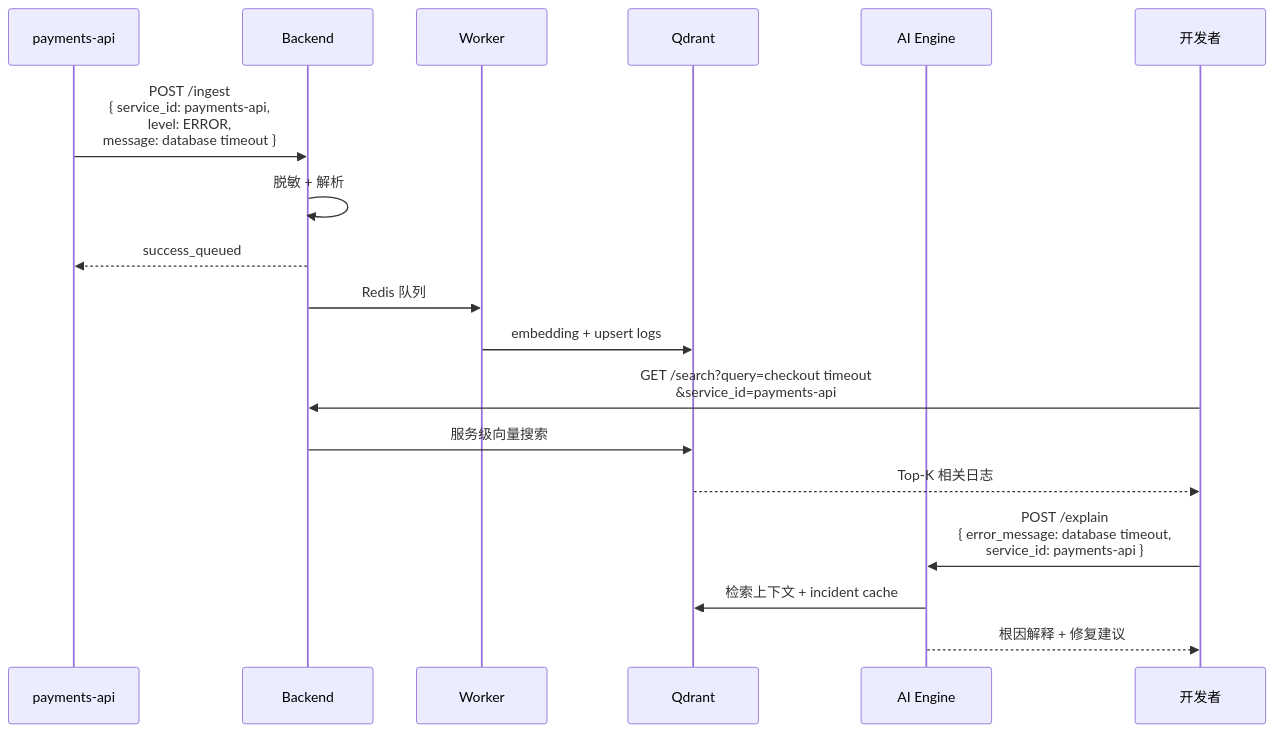
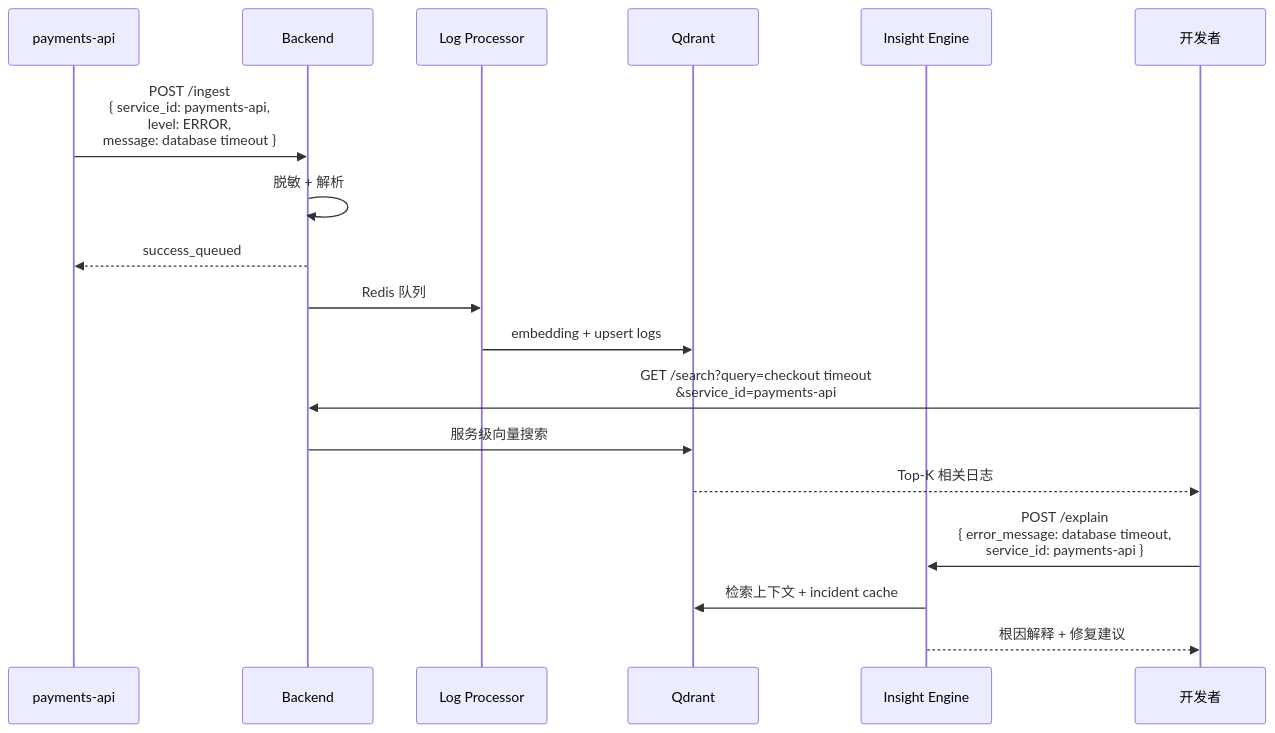
Before and after one commit to fanqingsong/Logara-AI: diagram 16 of 17 in docs/business-logic.md, drawn with Mermaid. The commit also changed other lines of this file and 64 other files, not shown here.

````diff
--- a/docs/business-logic.md
+++ b/docs/business-logic.md
@@ -1011,23 +1008,23 @@
 ```mermaid
 sequenceDiagram
     participant App as payments-api
     participant BE as Backend
-    participant W as Worker
+    participant W as Log Processor
     participant Q as Qdrant
-    participant AI as AI Engine
+    participant AI as Insight Engine
     participant Dev as 开发者
 
     App->>BE: POST /ingest<br/>{ service_id: payments-api,<br/>level: ERROR,<br/>message: database timeout }
     BE->>BE: 脱敏 + 解析
     BE-->>App: success_queued
     BE->>W: Redis 队列
     W->>Q: embedding + upsert logs
 
     Dev->>BE: GET /search?query=checkout timeout<br/>&service_id=payments-api
     BE->>Q: 服务级向量搜索
     Q-->>Dev: Top-K 相关日志
 
     Dev->>AI: POST /explain<br/>{ error_message: database timeout,<br/>service_id: payments-api }
     AI->>Q: 检索上下文 + incident cache
     AI-->>Dev: 根因解释 + 修复建议
 ```
````
